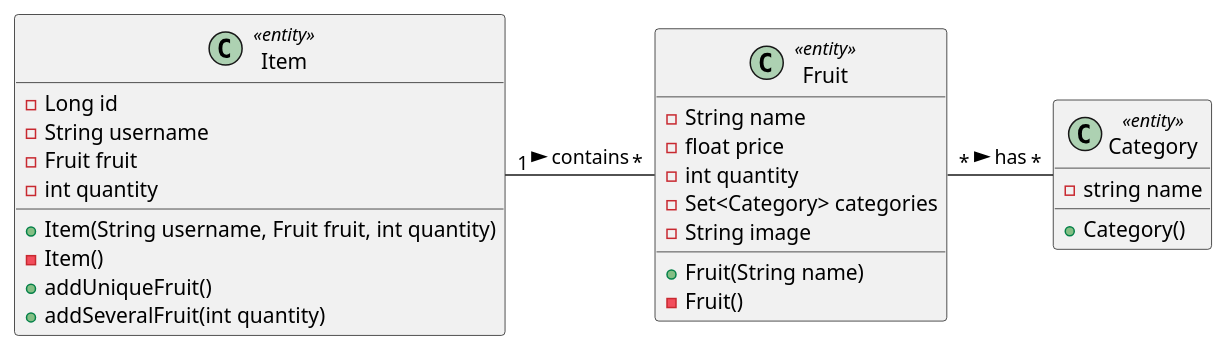
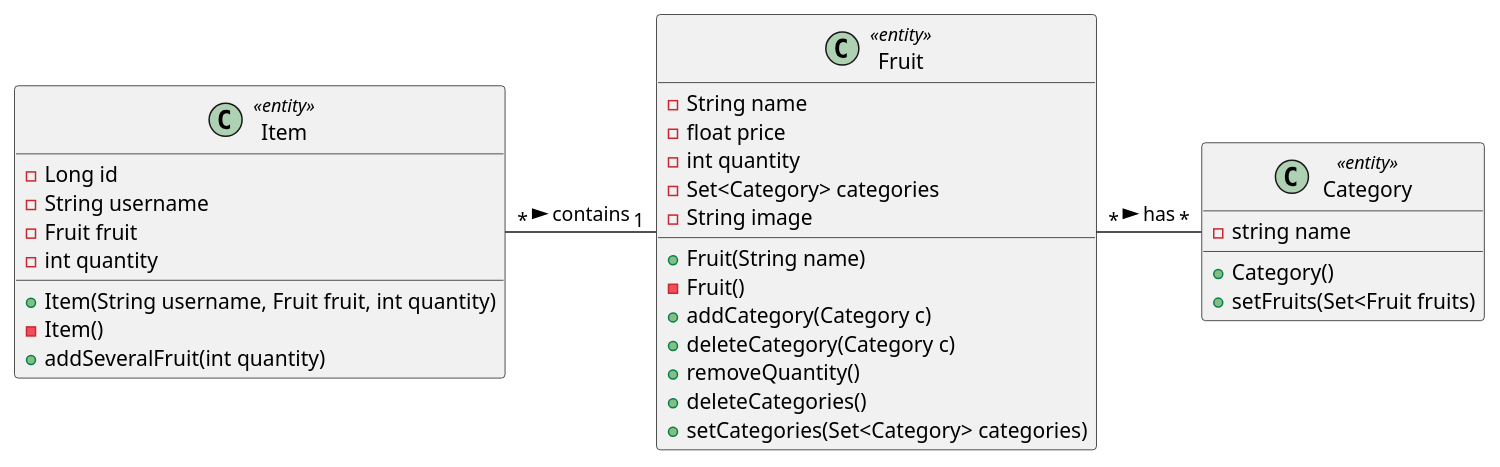
The diagram in documentation/CD/CD.puml (EmmanuelJanssens/AMT_2021), drawn with PlantUML before and after one commit. The commit also changed 1 other file, not shown here.

Commit message:
changes the class diagram

```diff
--- a/documentation/CD/CD.puml
+++ b/documentation/CD/CD.puml
@@ -1,33 +1,38 @@
 @startuml
 'https://plantuml.com/class-diagram
 
 class Fruit <<entity>>{
 -String name
 -float price
 -int quantity
 -Set<Category> categories
 -String image
 +Fruit(String name)
 -Fruit()
++addCategory(Category c)
++deleteCategory(Category c)
++removeQuantity()
++deleteCategories()
++setCategories(Set<Category> categories)
 }
 class Item <<entity>>{
 -Long id
 -String username
 -Fruit fruit
 -int quantity
 +Item(String username, Fruit fruit, int quantity)
 -Item()
-+addUniqueFruit()
 +addSeveralFruit(int quantity)
 
 
 }
 class Category <<entity>>{
 -string name
 +Category()
++setFruits(Set<Fruit fruits)
 }
 
 
-Item "1"- "*" Fruit : contains >
+Item "*"- "1" Fruit : contains >
 Fruit "*"- "*" Category : has >
 @enduml
```
